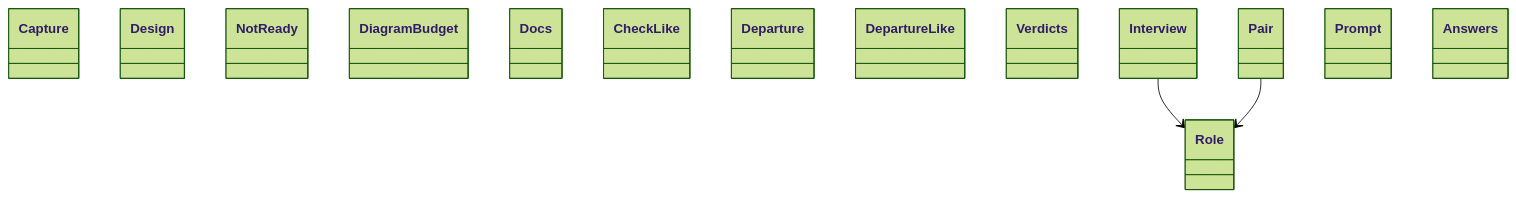
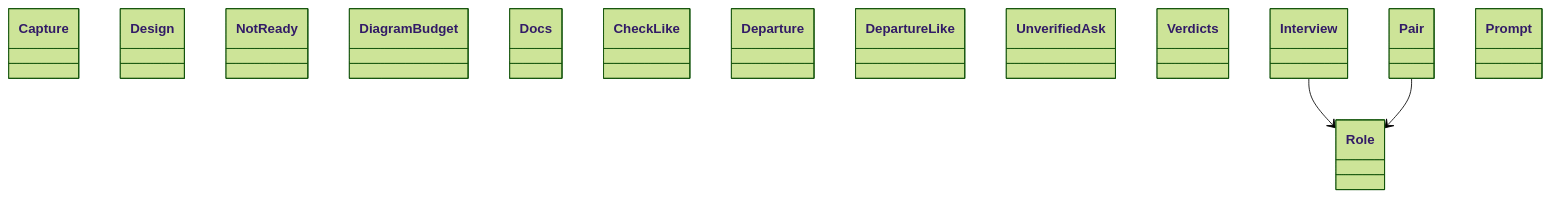
Before and after one commit to GonzaloZevallos/agentic-system: the diagram in docs/architecture/generated/classes-process-domain-roles-1.md, drawn with Mermaid (forest theme). The commit also changed other lines of this file and 9 other files, not shown here.

````diff
--- a/docs/architecture/generated/classes-process-domain-roles-1.md
+++ b/docs/architecture/generated/classes-process-domain-roles-1.md
@@ -31,19 +31,19 @@
 ```mermaid
 classDiagram
     class design__Capture["Capture"]
     class design__Design["Design"]
     class design__NotReady["NotReady"]
     class docs__DiagramBudget["DiagramBudget"]
     class docs__Docs["Docs"]
     class drawing__CheckLike["CheckLike"]
     class drawing__Departure["Departure"]
     class drawing__DepartureLike["DepartureLike"]
+    class drawing__UnverifiedAsk["UnverifiedAsk"]
     class drawing__Verdicts["Verdicts"]
     class roles__Interview["Interview"]
     class roles__Pair["Pair"]
     class roles__Prompt["Prompt"]
     class roles__Role["Role"]
-    class schemas__Answers["Answers"]
     roles__Interview --> roles__Role
     roles__Pair --> roles__Role
 ```
````
